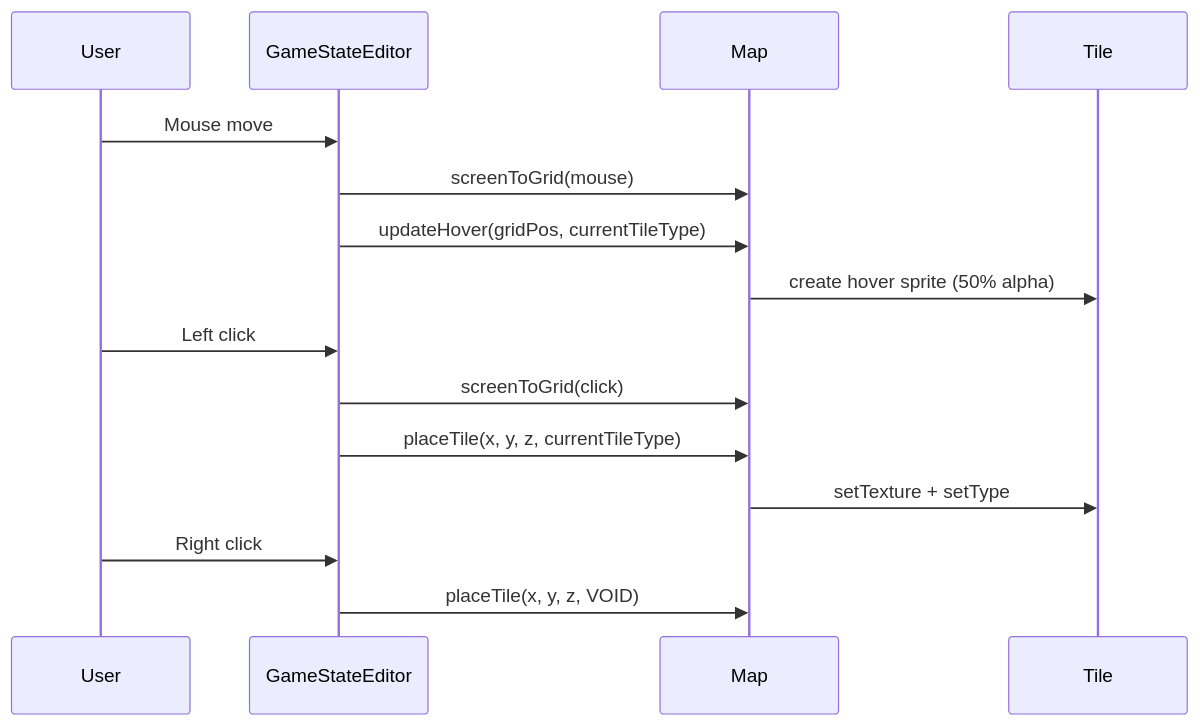
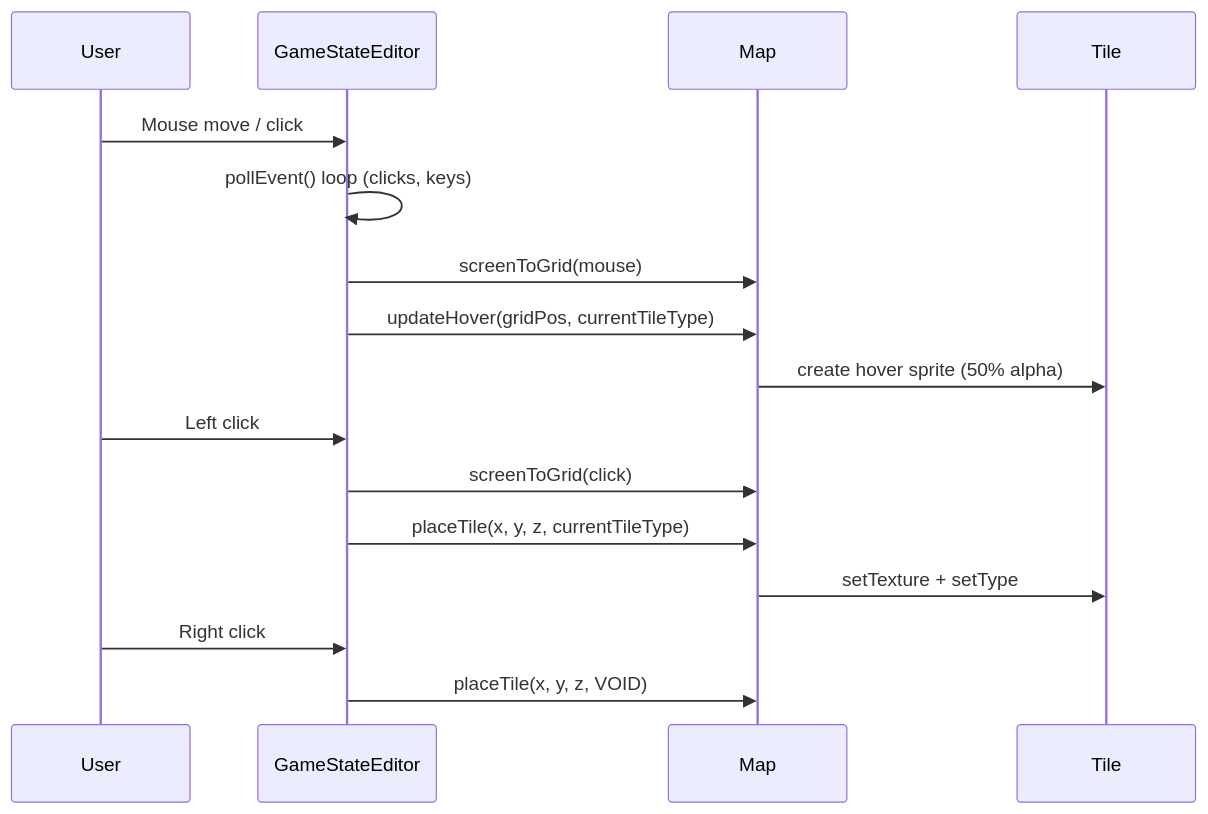
One commit to LeoMart12345/IsometricSFMLgame changed the fifth of 5 diagrams in docs/ARCHITECTURE.md. Above: the diagram before and after it, drawn with Mermaid. The commit also changed other lines of this file and 10 other files, not shown here.

````diff
--- a/docs/ARCHITECTURE.md
+++ b/docs/ARCHITECTURE.md
@@ -162,20 +162,21 @@
 ```mermaid
 sequenceDiagram
     participant User
     participant Editor as GameStateEditor
     participant Map
     participant Tile
 
-    User->>Editor: Mouse move
+    User->>Editor: Mouse move / click
+    Editor->>Editor: pollEvent() loop (clicks, keys)
     Editor->>Map: screenToGrid(mouse)
     Editor->>Map: updateHover(gridPos, currentTileType)
     Map->>Tile: create hover sprite (50% alpha)
 
     User->>Editor: Left click
     Editor->>Map: screenToGrid(click)
     Editor->>Map: placeTile(x, y, z, currentTileType)
     Map->>Tile: setTexture + setType
 
     User->>Editor: Right click
     Editor->>Map: placeTile(x, y, z, VOID)
 ```
````
